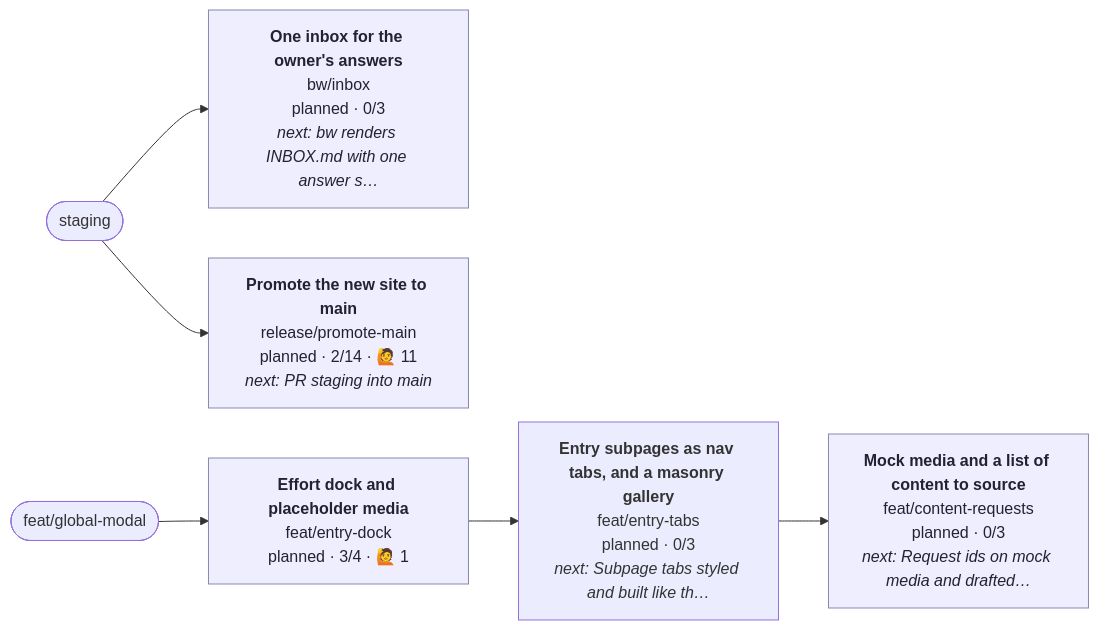
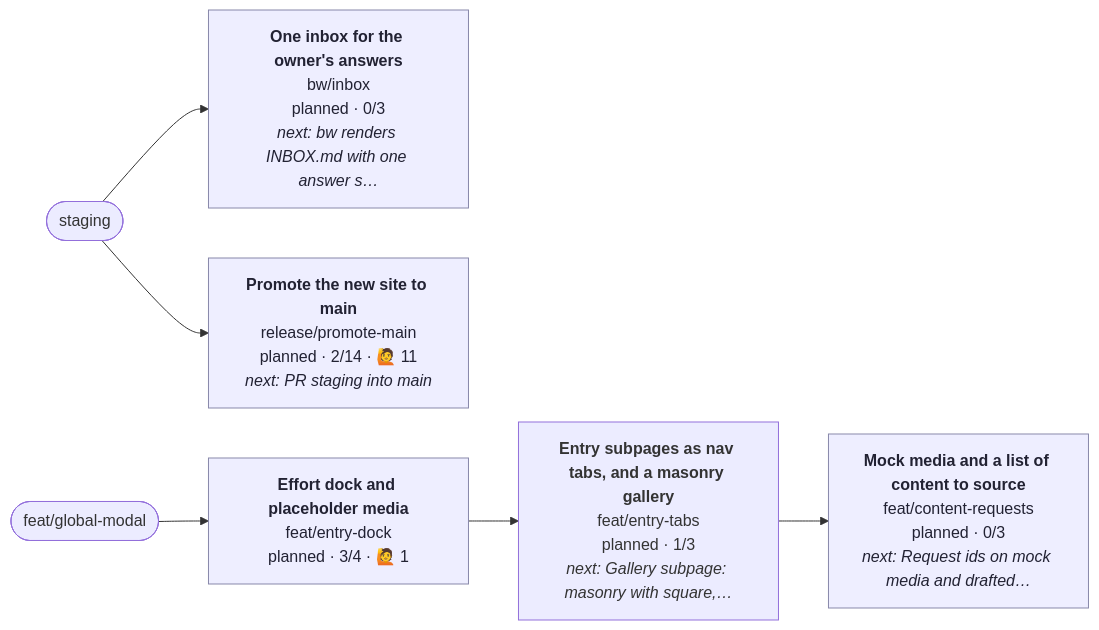
One commit to henryjonescodes/portfolio changed the diagram in CONTRIBUTING.md. Above: the diagram before and after it, drawn with Mermaid. The commit also changed other lines of this file, not shown here.

````diff
--- a/CONTRIBUTING.md
+++ b/CONTRIBUTING.md
@@ -5,25 +5,25 @@
 ```mermaid
 flowchart LR
   n_staging([staging])
   n_feat_global_modal([feat/global-modal])
   n_bw_inbox["<b>One inbox for the owner's answers</b><br/>bw/inbox<br/>planned · 0/3<br/><i>next: bw renders INBOX.md with one answer s…</i>"]
   class n_bw_inbox planned
   n_staging --> n_bw_inbox
   n_feat_content_requests["<b>Mock media and a list of content to source</b><br/>feat/content-requests<br/>planned · 0/3<br/><i>next: Request ids on mock media and drafted…</i>"]
   class n_feat_content_requests planned
   n_feat_entry_tabs --> n_feat_content_requests
   n_feat_entry_dock["<b>Effort dock and placeholder media</b><br/>feat/entry-dock<br/>planned · 3/4 · 🙋 1"]
   class n_feat_entry_dock planned
   n_feat_global_modal --> n_feat_entry_dock
-  n_feat_entry_tabs["<b>Entry subpages as nav tabs, and a masonry gallery</b><br/>feat/entry-tabs<br/>planned · 0/3<br/><i>next: Subpage tabs styled and built like th…</i>"]
+  n_feat_entry_tabs["<b>Entry subpages as nav tabs, and a masonry gallery</b><br/>feat/entry-tabs<br/>planned · 1/3<br/><i>next: Gallery subpage: masonry with square,…</i>"]
   class n_feat_entry_tabs planned,current
   n_feat_entry_dock --> n_feat_entry_tabs
   n_release_promote_main["<b>Promote the new site to main</b><br/>release/promote-main<br/>planned · 2/14 · 🙋 11<br/><i>next: PR staging into main</i>"]
   class n_release_promote_main planned
   n_staging --> n_release_promote_main
   classDef planned fill:#eef,stroke:#88a,color:#223
   classDef active fill:#dfd,stroke:#3a3,stroke-width:3px,color:#132
   classDef blocked fill:#fdd,stroke:#c33,color:#311
   classDef review fill:#ffd,stroke:#cc3,color:#331
   classDef current stroke:#06c,stroke-width:4px
 ```
````
